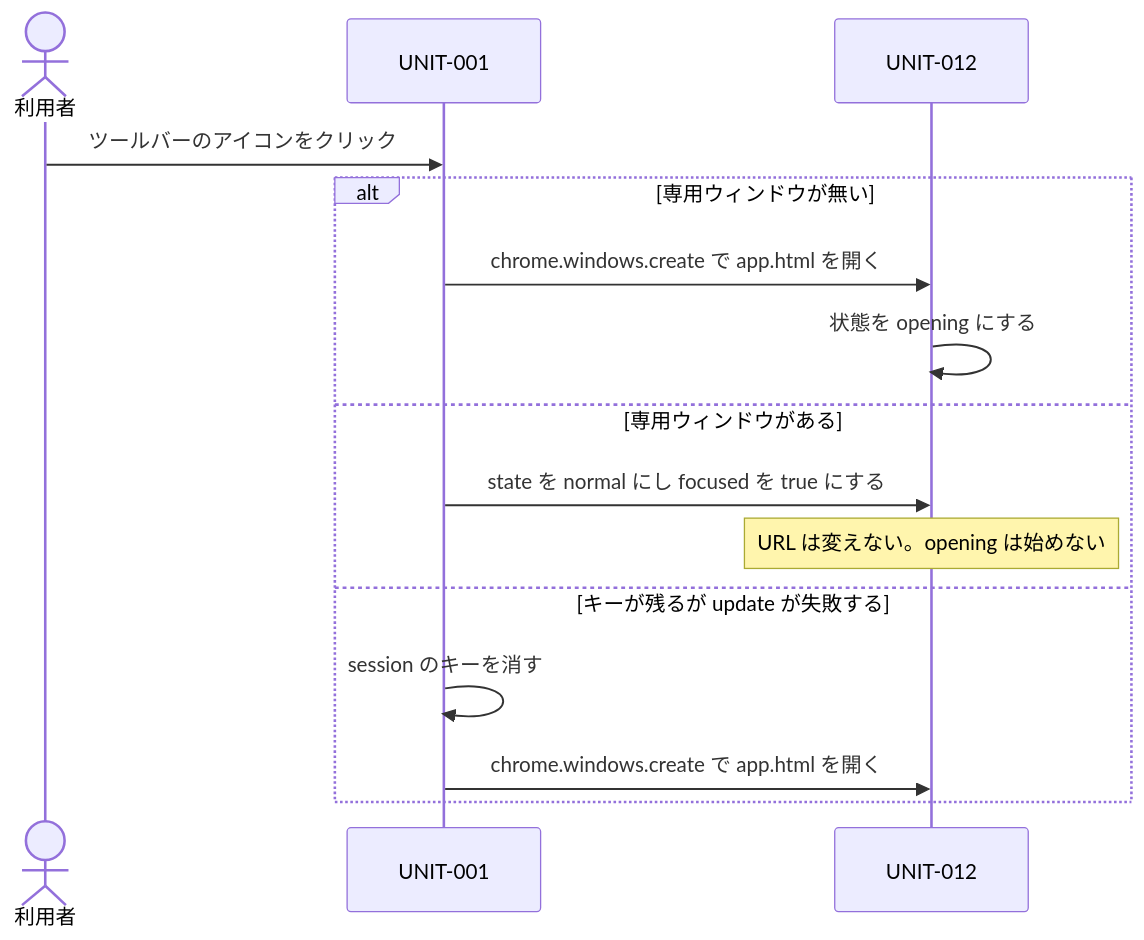
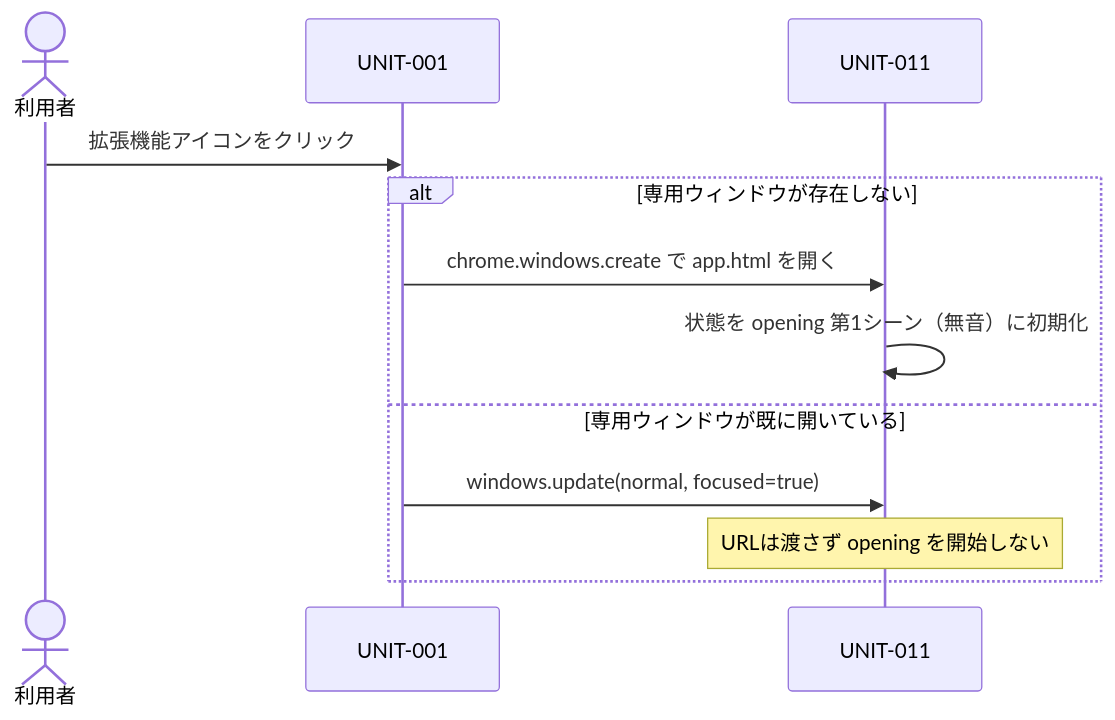
One commit to yamaPiT/ColorBeaconTimer changed the fourth of 6 diagrams in docs/artifacts/SW205_ソフトウェアアーキテクチャ設計書.md. Above: the diagram before and after it, drawn with Mermaid. The commit also changed other lines of this file and 90 other files, not shown here.

````diff
--- a/docs/artifacts/SW205_ソフトウェアアーキテクチャ設計書.md
+++ b/docs/artifacts/SW205_ソフトウェアアーキテクチャ設計書.md
@@ -290,17 +296,14 @@
 ```mermaid
 sequenceDiagram
   actor User as 利用者
   participant SW as UNIT-001
-  participant Page as UNIT-012
-  User->>SW: ツールバーのアイコンをクリック
-  alt 専用ウィンドウが無い
+  participant Page as UNIT-011
+  User->>SW: 拡張機能アイコンをクリック
+  alt 専用ウィンドウが存在しない
     SW->>Page: chrome.windows.create で app.html を開く
-    Page->>Page: 状態を opening にする
-  else 専用ウィンドウがある
-    SW->>Page: state を normal にし focused を true にする
-    Note over Page: URL は変えない。opening は始めない
-  else キーが残るが update が失敗する
-    SW->>SW: session のキーを消す
-    SW->>Page: chrome.windows.create で app.html を開く
+    Page->>Page: 状態を opening 第1シーン（無音）に初期化
+  else 専用ウィンドウが既に開いている
+    SW->>Page: windows.update(normal, focused=true)
+    Note over Page: URLは渡さず opening を開始しない
   end
 ```
````
